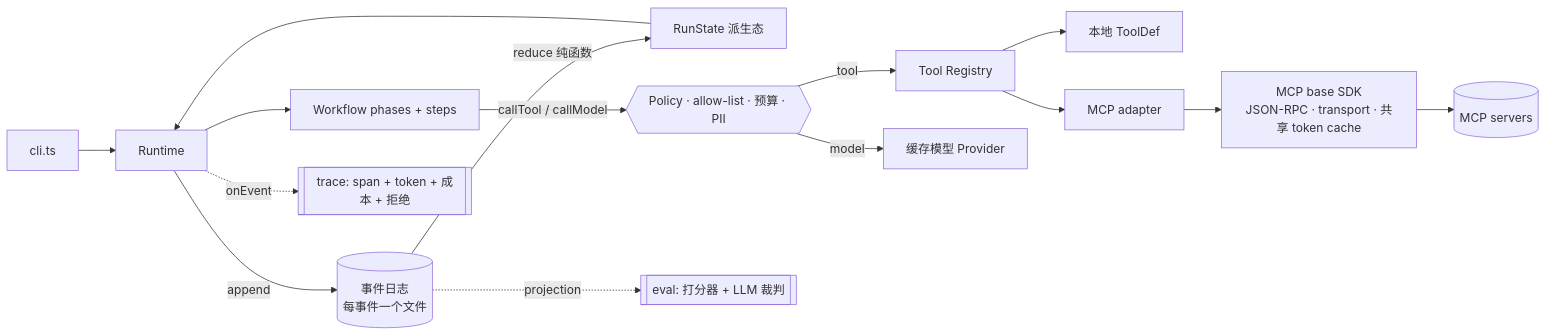
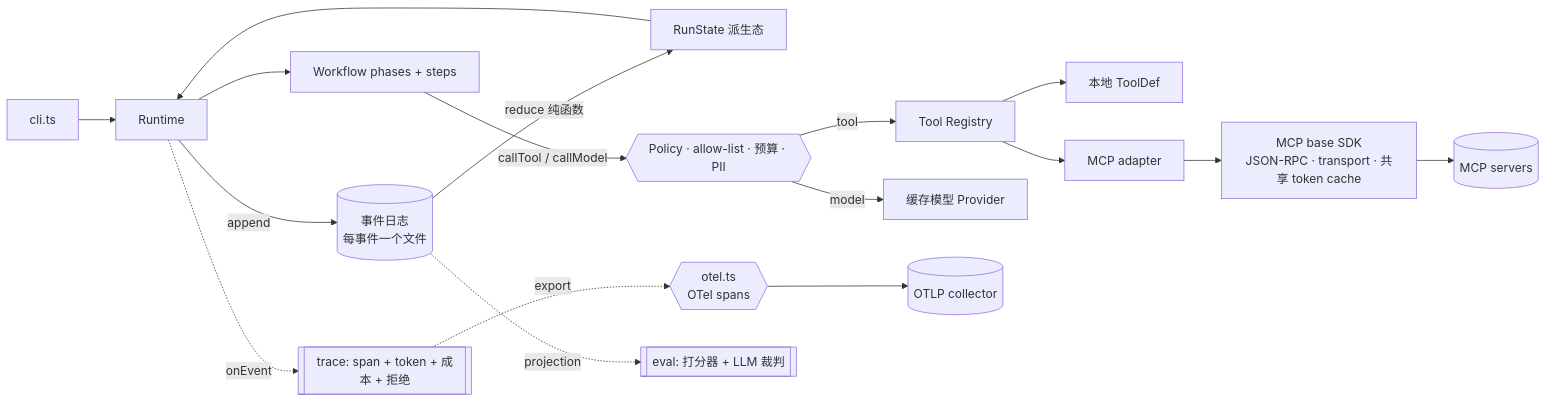
The fourth of 4 diagrams in README.md (yanzhe-luomoyuyi/agent-runtime), drawn with Mermaid before and after one commit. The commit also changed other lines of this file and 8 other files, not shown here.

````diff
--- a/README.md
+++ b/README.md
@@ -191,15 +192,16 @@
 ```mermaid
 flowchart LR
     CLI[cli.ts] --> RT[Runtime]
     RT -->|append| LOG[("事件日志<br/>每事件一个文件")]
     LOG -->|reduce 纯函数| ST[RunState 派生态]
     ST --> RT
     RT --> WF["Workflow phases + steps"]
     WF -->|"callTool / callModel"| POL{{"Policy · allow-list · 预算 · PII"}}
     POL -->|tool| TR[Tool Registry]
     POL -->|model| MP[缓存模型 Provider]
     TR --> LOCAL[本地 ToolDef]
     TR --> MADP[MCP adapter] --> SDK["MCP base SDK<br/>JSON-RPC · transport · 共享 token cache"] --> SRV[(MCP servers)]
     RT -.onEvent.-> OBS[["trace: span + token + 成本 + 拒绝"]]
+    OBS -.export.-> OTEL{{"otel.ts<br/>OTel spans"}} --> COLLECTOR[(OTLP collector)]
     LOG -.projection.-> EVAL[["eval: 打分器 + LLM 裁判"]]
 ```
````
